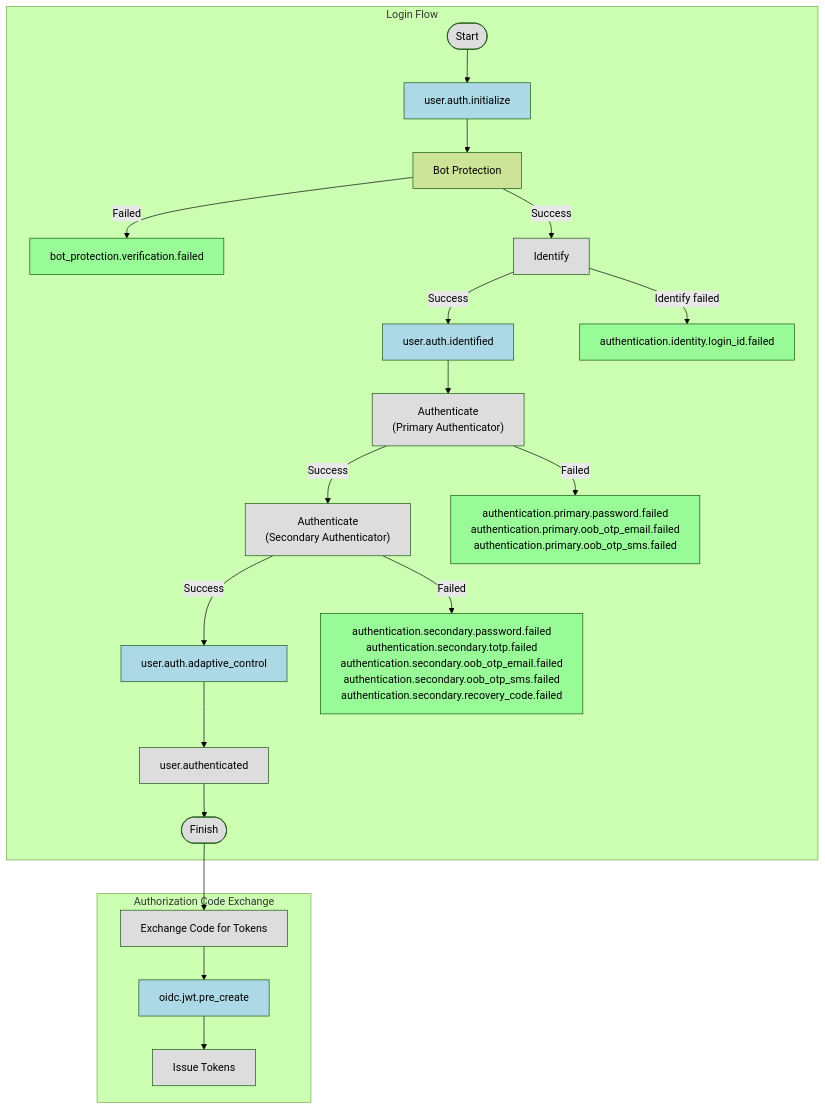
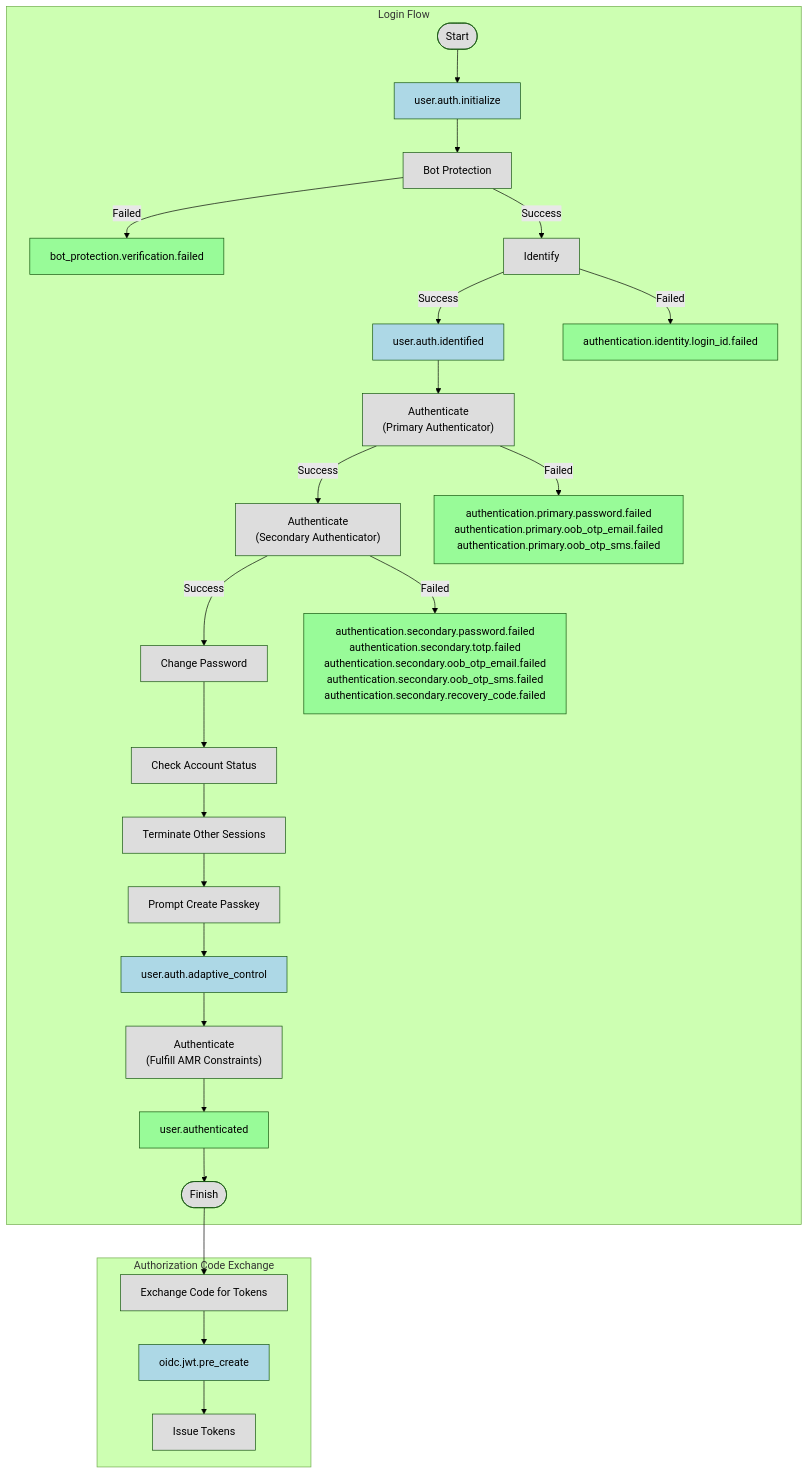
The fifth of 5 diagrams in docs/specs/event.md (authgear/authgear-server), drawn with Mermaid (forest theme) before and after one commit. The commit also changed other lines of this file, not shown here.

Commit message:
Add more steps to the login flow diagram

````diff
--- a/docs/specs/event.md
+++ b/docs/specs/event.md
@@ -999,38 +999,43 @@
 ```mermaid
 flowchart TD
     subgraph "Login Flow"
         Start([Start])
         Start --> UserAuthInitialize[user.auth.initialize]
         UserAuthInitialize --> BotProtection[Bot Protection]
         BotProtection -- "Failed" --> BotProtectionFailed[bot_protection.verification.failed]
         BotProtection -- "Success" --> Identify[Identify]
         Identify -- "Success" --> UserAuthIdentified[user.auth.identified]
-        Identify -- "Identify failed" --> LoginIdFailed[authentication.identity.login_id.failed]
+        Identify -- "Failed" --> LoginIdFailed[authentication.identity.login_id.failed]
 
         UserAuthIdentified --> AuthenticatePrimary["Authenticate<br>(Primary Authenticator)"]
 
         AuthenticatePrimary -- "Success" --> AuthenticateSecondary["Authenticate<br>(Secondary Authenticator)"]
         AuthenticatePrimary -- "Failed" --> PrimaryAuthFailed["authentication.primary.password.failed<br>authentication.primary.oob_otp_email.failed<br>authentication.primary.oob_otp_sms.failed"]:::event
 
-        AuthenticateSecondary -- "Success" --> UserAuthAdaptiveControl[user.auth.adaptive_control]
+        AuthenticateSecondary -- "Success" --> ChangePassword[Change Password]
         AuthenticateSecondary -- "Failed" --> SecondaryAuthFailed["authentication.secondary.password.failed<br>authentication.secondary.totp.failed<br>authentication.secondary.oob_otp_email.failed<br>authentication.secondary.oob_otp_sms.failed<br>authentication.secondary.recovery_code.failed"]:::event
 
-        UserAuthAdaptiveControl --> UserAuthenticated[user.authenticated]
+        ChangePassword --> CheckAccountStatus[Check Account Status]
+        CheckAccountStatus --> TerminateOtherSessions[Terminate Other Sessions]
+        TerminateOtherSessions --> PromptCreatePasskey[Prompt Create Passkey]
+        PromptCreatePasskey --> UserAuthAdaptiveControl[user.auth.adaptive_control]
+        UserAuthAdaptiveControl --> AuthenticateAdaptive["Authenticate<br>(Fulfill AMR Constraints)"]
+        AuthenticateAdaptive --> UserAuthenticated[user.authenticated]
         UserAuthenticated --> FinishLogin([Finish])
     end
 
     subgraph "Authorization Code Exchange"
         ExchangeCode[Exchange Code for Tokens]
         ExchangeCode --> OIDCJWTPreCreate[oidc.jwt.pre_create]
         OIDCJWTPreCreate --> IssueTokens[Issue Tokens]
     end
 
     FinishLogin --> ExchangeCode
 
     classDef event fill:#98FB98
     classDef blockingEvent fill:#ADD8E6
     classDef processNode fill:#dddddd
     class BotProtectionFailed,LoginIdFailed,PrimaryAuthFailed,SecondaryAuthFailed,UserAuthenticated event
     class UserAuthInitialize,UserAuthIdentified,UserAuthAdaptiveControl,OIDCJWTPreCreate blockingEvent
-    class Start,Identify,AuthenticatePrimary,AuthenticateSecondary,UserAuthenticated,ExchangeCode,IssueTokens,FinishLogin processNode
+    class Start,BotProtection,Identify,AuthenticatePrimary,AuthenticateSecondary,ChangePassword,CheckAccountStatus,TerminateOtherSessions,PromptCreatePasskey,AuthenticateAdaptive,ExchangeCode,IssueTokens,FinishLogin processNode
 ```
````
